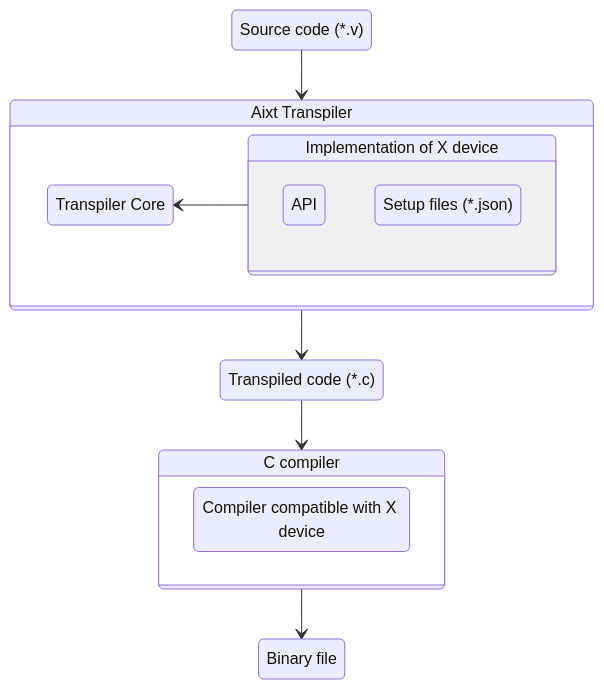
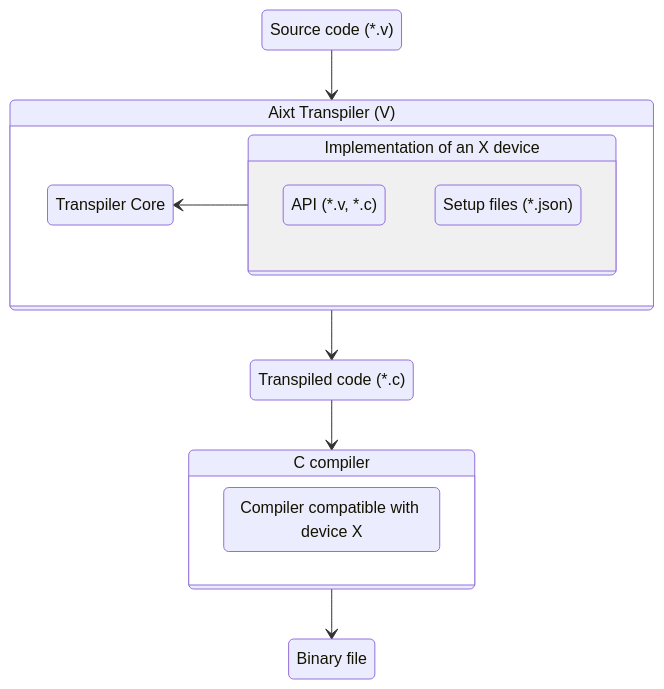
One commit to fermarsan/aixt changed the diagram in README.md. Above: the diagram before and after it, drawn with Mermaid.

Commit message:
Diagram updated

````diff
--- a/README.md
+++ b/README.md
@@ -14,35 +14,34 @@
 ```mermaid
 stateDiagram-v2
-
     source: Source code (*.v)
 
-    Aixt2C: Aixt Transpiler
+    Aixt2C: Aixt Transpiler (V)
     state Aixt2C {
         direction RL
         Transpiler: Transpiler Core    
         
-        Implementation: Implementation of X device
+        Implementation: Implementation of an X device
         state Implementation {
-            API
+            API: API (*.v, *.c)
             SF: Setup files (*.json)
         }
         
         Implementation --> Transpiler
     }
 
 
     Tr_Code: Transpiled code (*.c)
 
     Compiler: C compiler
     state Compiler {
-        compiler: Compiler compatible with X device
+        compiler: Compiler compatible with device X
     }
 
     BF: Binary file
 
     source --> Aixt2C
     
     Aixt2C --> Tr_Code
     Tr_Code --> Compiler
     Compiler --> BF
 ```
````
